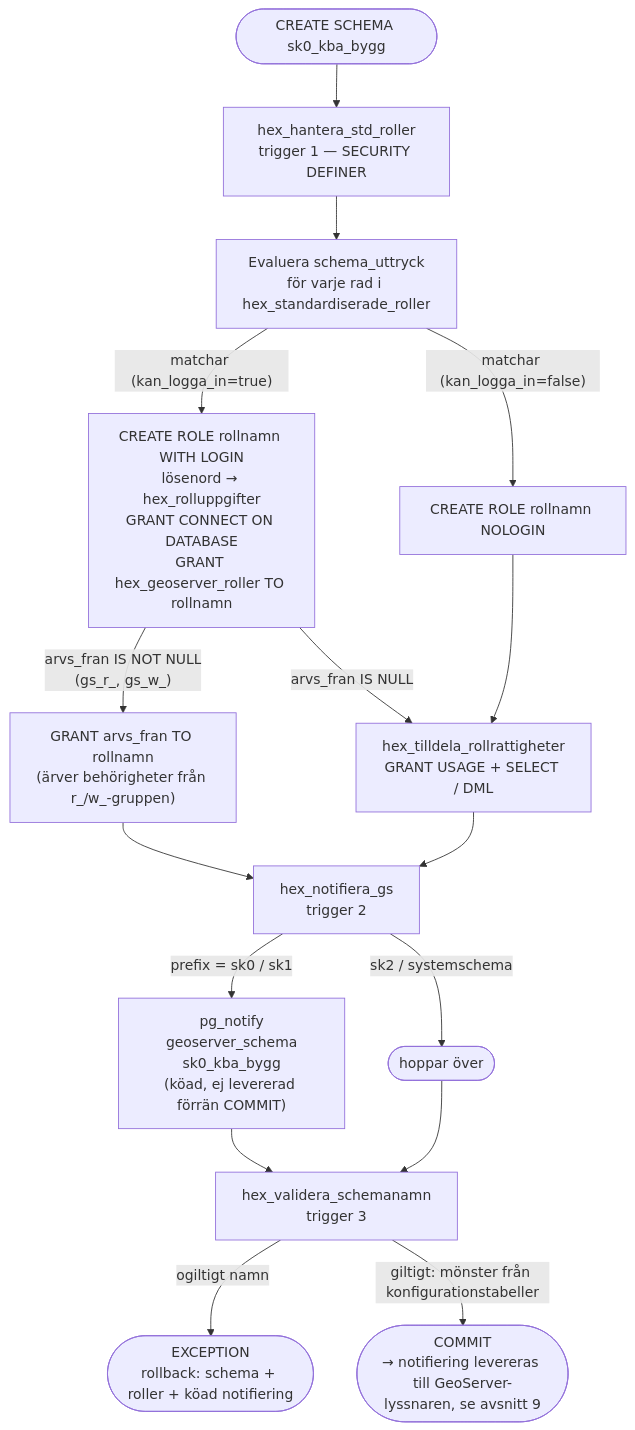
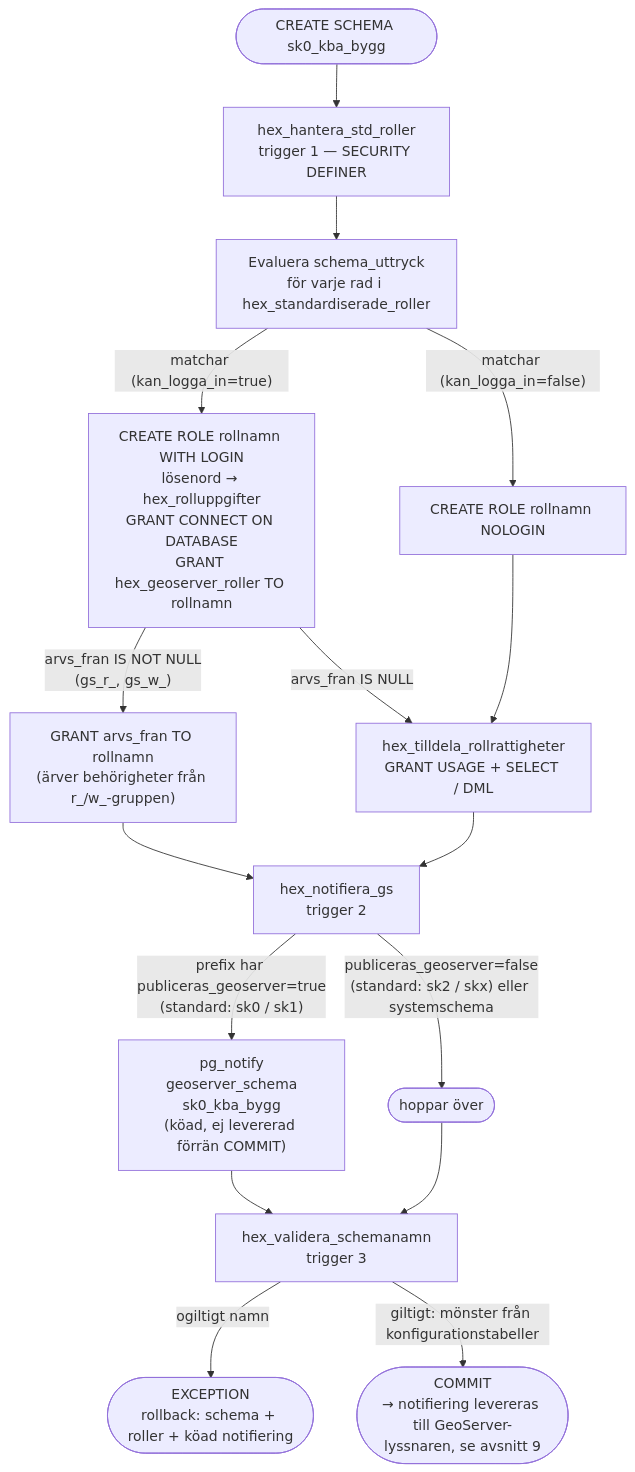
One commit to Geodata-Kungsbacka/Hex changed the second of 9 diagrams in LOGIC_MAP.md. Above: the diagram before and after it, drawn with Mermaid. The commit also changed other lines of this file and 6 other files, not shown here.

````diff
--- a/LOGIC_MAP.md
+++ b/LOGIC_MAP.md
@@ -169,26 +169,26 @@
 ```mermaid
 flowchart TD
     START(["CREATE SCHEMA sk0_kba_bygg"])
     START --> HSR
 
     HSR["hex_hantera_std_roller<br/>trigger 1 — SECURITY DEFINER"]
     HSR --> LOOP["Evaluera schema_uttryck<br/>för varje rad i hex_standardiserade_roller"]
     LOOP --> |"matchar (kan_logga_in=true)"| LOGIN["CREATE ROLE rollnamn WITH LOGIN<br/>lösenord → hex_rolluppgifter<br/>GRANT CONNECT ON DATABASE<br/>GRANT hex_geoserver_roller TO rollnamn"]
     LOOP --> |"matchar (kan_logga_in=false)"| NOLOGIN["CREATE ROLE rollnamn NOLOGIN"]
     LOGIN --> |"arvs_fran IS NOT NULL<br/>(gs_r_, gs_w_)"| ARV["GRANT arvs_fran TO rollnamn<br/>(ärver behörigheter från r_/w_-gruppen)"]
     LOGIN --> |"arvs_fran IS NULL"| TRR["hex_tilldela_rollrattigheter<br/>GRANT USAGE + SELECT / DML"]
     NOLOGIN --> TRR
 
     TRR --> NG
     ARV --> NG
 
     NG["hex_notifiera_gs<br/>trigger 2"]
-    NG --> |"prefix = sk0 / sk1"| NOTIFY["pg_notify<br/>geoserver_schema<br/>sk0_kba_bygg<br/>(köad, ej levererad förrän COMMIT)"]
-    NG --> |"sk2 / systemschema"| SKIP(["hoppar över"])
+    NG --> |"prefix har publiceras_geoserver=true<br/>(standard: sk0 / sk1)"| NOTIFY["pg_notify<br/>geoserver_schema<br/>sk0_kba_bygg<br/>(köad, ej levererad förrän COMMIT)"]
+    NG --> |"publiceras_geoserver=false<br/>(standard: sk2 / skx) eller systemschema"| SKIP(["hoppar över"])
     NOTIFY --> VS
     SKIP --> VS
 
     VS["hex_validera_schemanamn<br/>trigger 3"]
     VS --> |"ogiltigt namn"| ERRV(["EXCEPTION<br/>rollback: schema + roller + köad notifiering"])
     VS --> |"giltigt: mönster från konfigurationstabeller"| DONE(["COMMIT<br/>→ notifiering levereras till GeoServer-lyssnaren, se avsnitt 9"])
 ```
````
